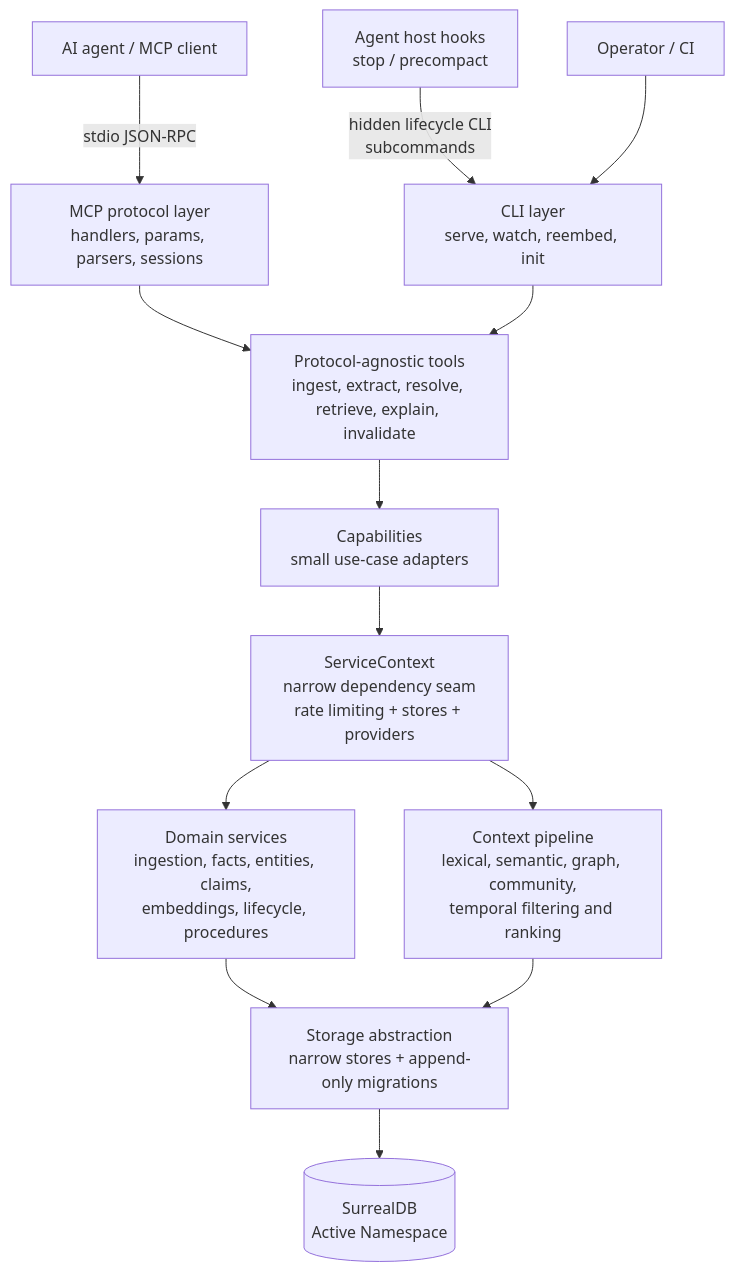
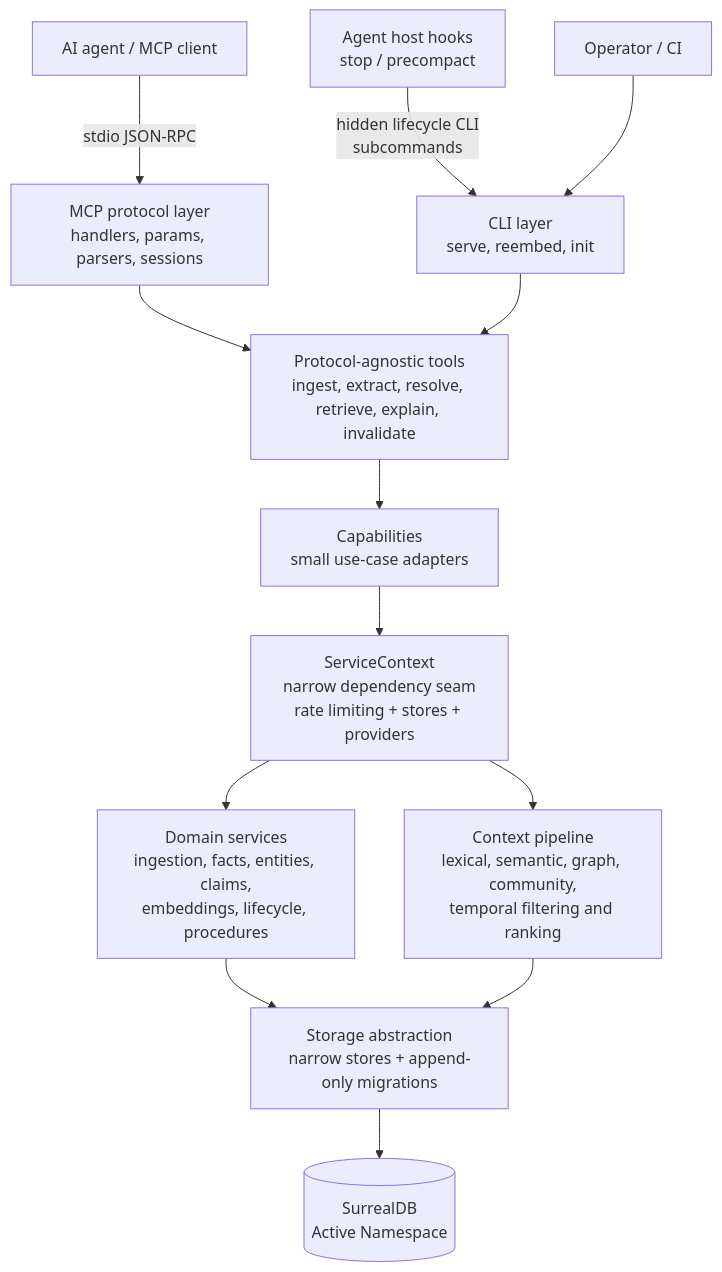
One commit to like-a-freedom/memory_mcp changed the first of 5 diagrams in README.md. Above: the diagram before and after it, drawn with Mermaid. The commit also changed other lines of this file and 16 other files, not shown here.

````diff
--- a/README.md
+++ b/README.md
@@ -68,21 +68,21 @@
 ```mermaid
 flowchart TD
     Agent["AI agent / MCP client"]
     Hooks["Agent host hooks\nstop / precompact"]
     Operator["Operator / CI"]
 
     Agent -->|"stdio JSON-RPC"| MCP["MCP protocol layer\nhandlers, params, parsers, sessions"]
-    Hooks -->|"hidden lifecycle CLI\nsubcommands"| CLI["CLI layer\nserve, watch, reembed, init"]
+    Hooks -->|"hidden lifecycle CLI\nsubcommands"| CLI["CLI layer\nserve, reembed, init"]
     Operator --> CLI
 
     MCP --> Tools["Protocol-agnostic tools\ningest, extract, resolve, retrieve, explain, invalidate"]
     CLI --> Tools
     Tools --> Capabilities["Capabilities\nsmall use-case adapters"]
     Capabilities --> Context["ServiceContext\nnarrow dependency seam\nrate limiting + stores + providers"]
 
     Context --> Domain["Domain services\ningestion, facts, entities, claims,\nembeddings, lifecycle, procedures"]
     Context --> Retrieval["Context pipeline\nlexical, semantic, graph, community,\ntemporal filtering and ranking"]
     Domain --> Storage["Storage abstraction\nnarrow stores + append-only migrations"]
     Retrieval --> Storage
     Storage --> DB[("SurrealDB\nActive Namespace")]
 ```
````
